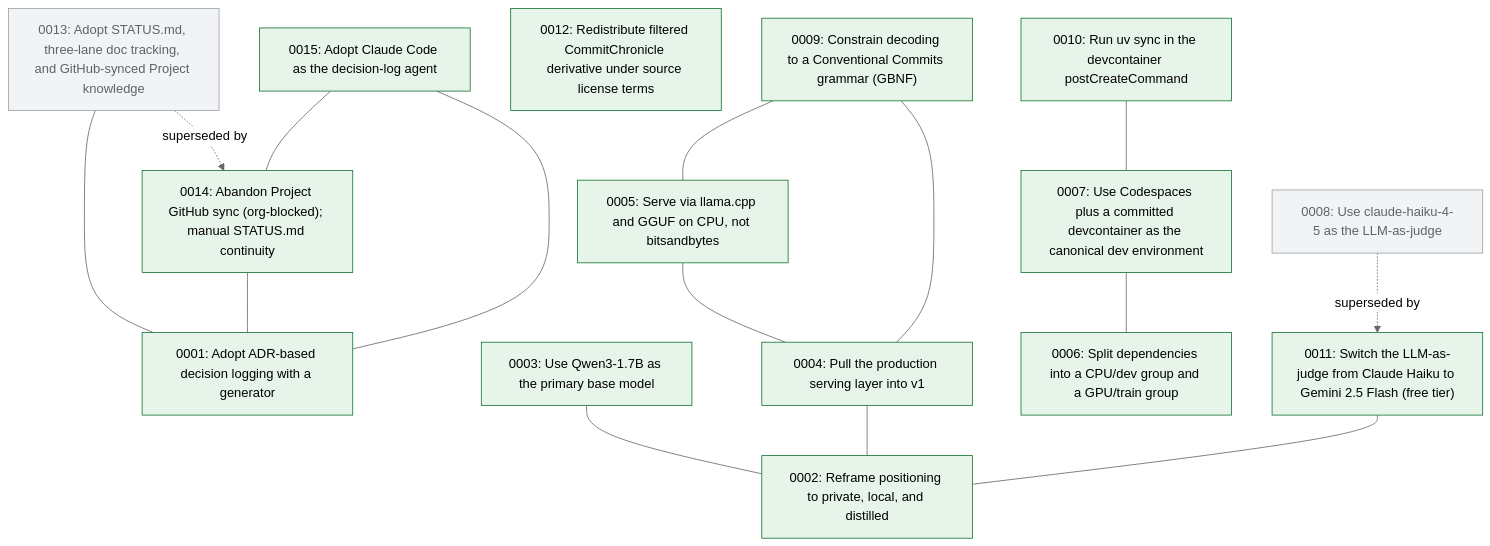
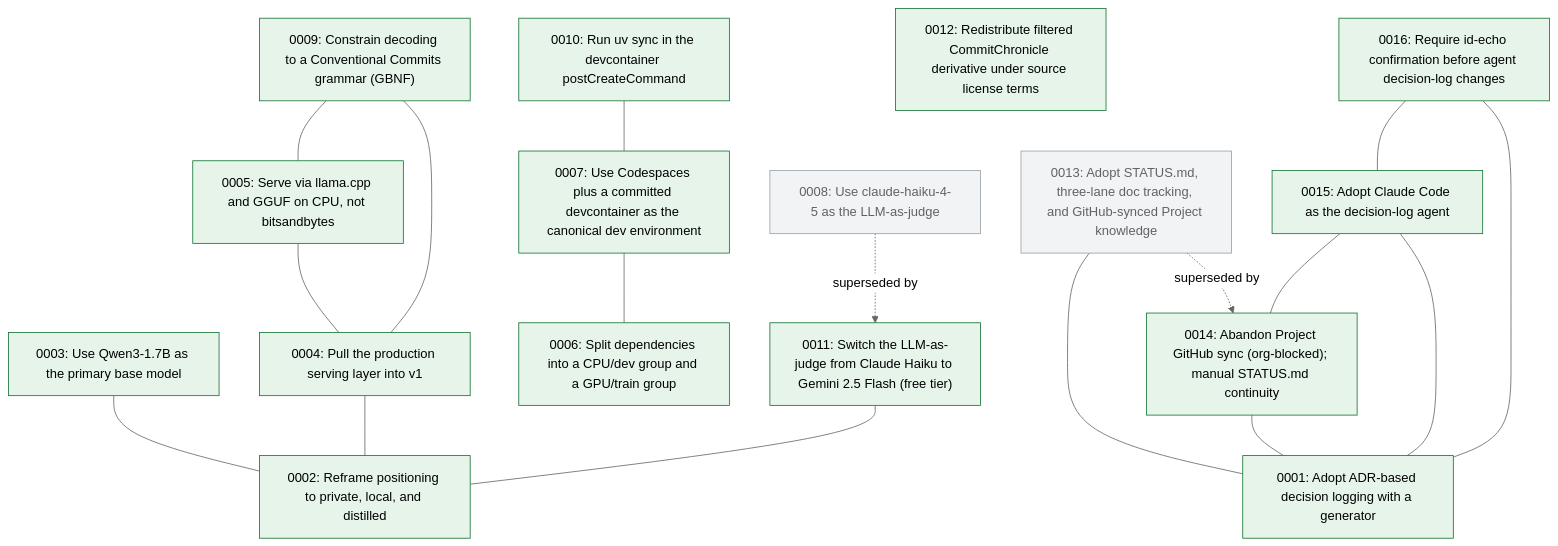
One commit to marzoukbaig14/Committed changed the diagram in docs/decision-tree.md. Above: the diagram before and after it, drawn with Mermaid (neutral theme). The commit also changed 4 other files, not shown here.

Commit message:
docs: require id-echo confirmation before agent decision-log changes (ADR 0016)

````diff
--- a/docs/decision-tree.md
+++ b/docs/decision-tree.md
@@ -5,36 +5,39 @@
 ```mermaid
 graph TD
   n0001["0001: Adopt ADR-based decision logging with a generator"]:::accepted
   n0002["0002: Reframe positioning to private, local, and distilled"]:::accepted
   n0003["0003: Use Qwen3-1.7B as the primary base model"]:::accepted
   n0004["0004: Pull the production serving layer into v1"]:::accepted
   n0005["0005: Serve via llama.cpp and GGUF on CPU, not bitsandbytes"]:::accepted
   n0006["0006: Split dependencies into a CPU/dev group and a GPU/train group"]:::accepted
   n0007["0007: Use Codespaces plus a committed devcontainer as the canonical dev environment"]:::accepted
   n0008["0008: Use claude-haiku-4-5 as the LLM-as-judge"]:::superseded
   n0009["0009: Constrain decoding to a Conventional Commits grammar (GBNF)"]:::accepted
   n0010["0010: Run uv sync in the devcontainer postCreateCommand"]:::accepted
   n0011["0011: Switch the LLM-as-judge from Claude Haiku to Gemini 2.5 Flash (free tier)"]:::accepted
   n0012["0012: Redistribute filtered CommitChronicle derivative under source license terms"]:::accepted
   n0013["0013: Adopt STATUS.md, three-lane doc tracking, and GitHub-synced Project knowledge"]:::superseded
   n0014["0014: Abandon Project GitHub sync (org-blocked); manual STATUS.md continuity"]:::accepted
   n0015["0015: Adopt Claude Code as the decision-log agent"]:::accepted
+  n0016["0016: Require id-echo confirmation before agent decision-log changes"]:::accepted
   n0003 --- n0002
   n0004 --- n0002
   n0005 --- n0004
   n0007 --- n0006
   n0009 --- n0004
   n0009 --- n0005
   n0010 --- n0007
   n0008 -. superseded by .-> n0011
   n0011 --- n0002
   n0013 --- n0001
   n0013 -. superseded by .-> n0014
   n0014 --- n0001
   n0015 --- n0001
   n0015 --- n0014
+  n0016 --- n0001
+  n0016 --- n0015
   classDef proposed fill:#fff7e6,stroke:#d4a017;
   classDef accepted fill:#e6f4ea,stroke:#137333;
   classDef superseded fill:#f1f3f4,stroke:#9aa0a6,color:#5f6368;
   classDef deprecated fill:#fce8e6,stroke:#c5221f,color:#5f6368;
 ```
````
